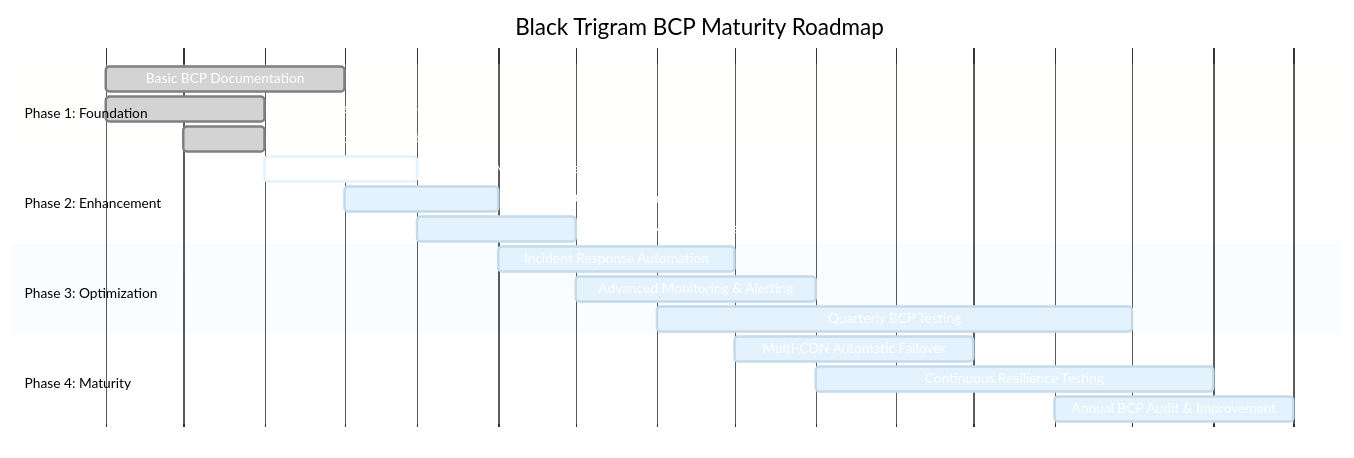
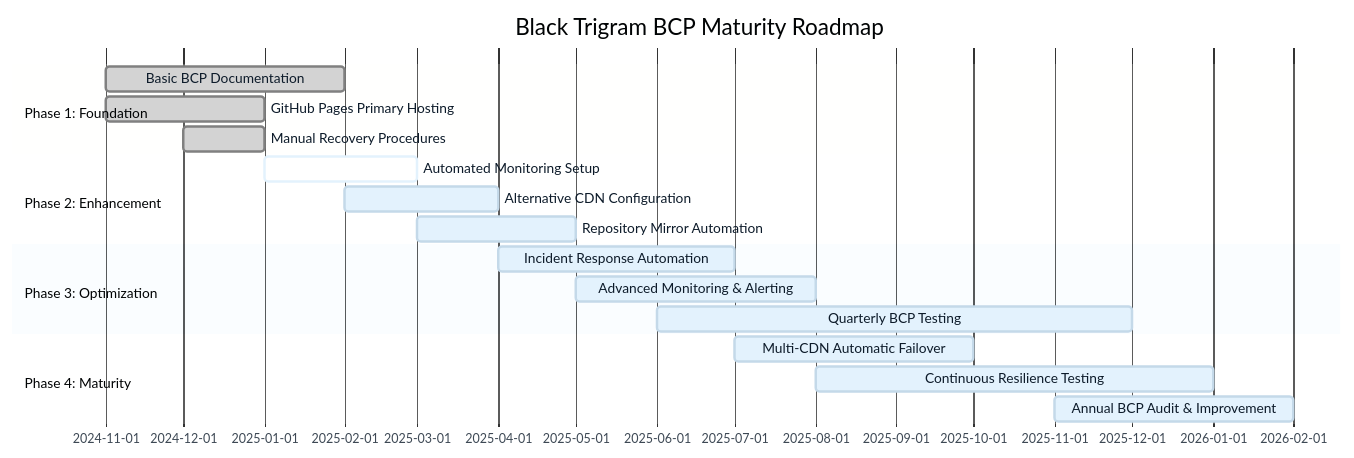
The seventh of 7 diagrams in BCPPlan.md (Hack23/blacktrigram), drawn with Mermaid before and after one commit. The commit also changed other lines of this file and 1 other file, not shown here.

First line of the commit message:
fix: improve text contrast for light primaryColor backgrounds in BCPPlan and FUTURE_THREAT_MODEL

````diff
--- a/BCPPlan.md
+++ b/BCPPlan.md
@@ -714,34 +714,34 @@
 ```mermaid
 %%{
   init: {
     'theme': 'base',
     'themeVariables': {
       'primaryColor': '#e3f2fd',
-      'primaryTextColor': '#fff',
+      'primaryTextColor': '#0d1b2a',
       'lineColor': '#2979FF'
     }
   }
 }%%
 gantt
     title Black Trigram BCP Maturity Roadmap
     dateFormat YYYY-MM
     section Phase 1: Foundation
     Basic BCP Documentation           :done, 2024-11, 2025-02
     GitHub Pages Primary Hosting      :done, 2024-11, 2025-01
     Manual Recovery Procedures        :done, 2024-12, 2025-01
     
     section Phase 2: Enhancement
     Automated Monitoring Setup        :active, 2025-01, 2025-03
     Alternative CDN Configuration     :2025-02, 2025-04
     Repository Mirror Automation      :2025-03, 2025-05
     
     section Phase 3: Optimization
     Incident Response Automation      :2025-04, 2025-07
     Advanced Monitoring & Alerting    :2025-05, 2025-08
     Quarterly BCP Testing             :2025-06, 2025-12
     
     section Phase 4: Maturity
     Multi-CDN Automatic Failover      :2025-07, 2025-10
     Continuous Resilience Testing     :2025-08, 2026-01
     Annual BCP Audit & Improvement    :2025-11, 2026-02
 ```
````
